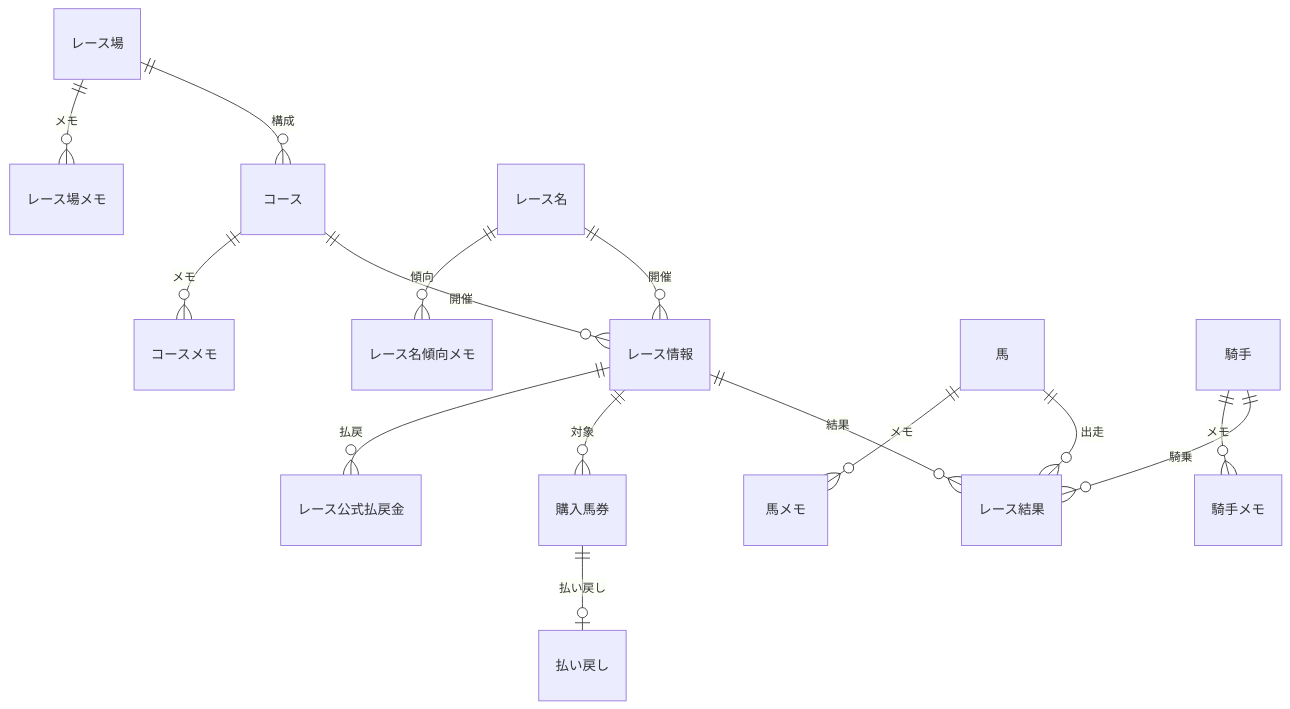
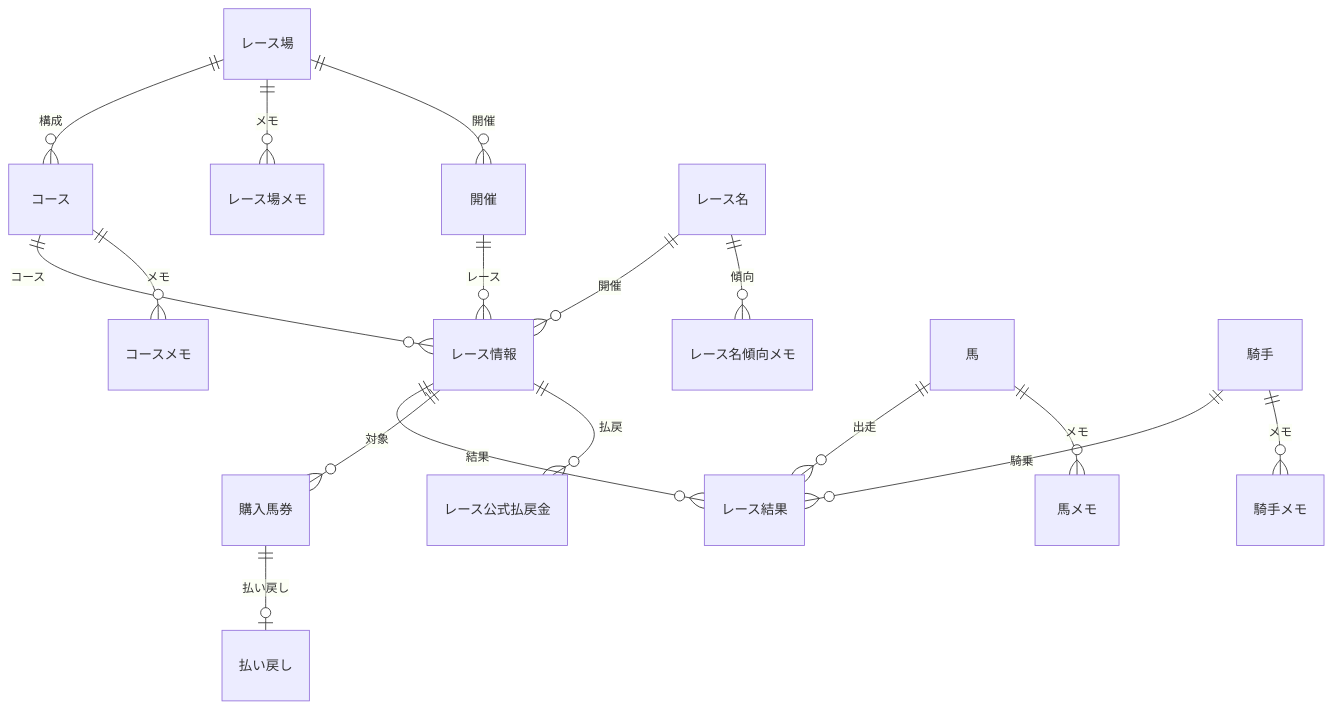
One commit to nakajima97/keiba-db changed the diagram in docs/specs/conceptual-er.md. Above: the diagram before and after it, drawn with Mermaid. The commit also changed 4 other files, not shown here.

````diff
--- a/docs/specs/conceptual-er.md
+++ b/docs/specs/conceptual-er.md
@@ -5,18 +5,20 @@
 ```mermaid
 erDiagram
     レース場 ||--o{ コース : "構成"
     レース場 ||--o{ レース場メモ : "メモ"
-    コース ||--o{ レース情報 : "開催"
+    レース場 ||--o{ 開催 : "開催"
+    開催 ||--o{ レース情報 : "レース"
+    コース ||--o{ レース情報 : "コース"
     コース ||--o{ コースメモ : "メモ"
     レース名 ||--o{ レース情報 : "開催"
     レース名 ||--o{ レース名傾向メモ : "傾向"
     レース情報 ||--o{ レース結果 : "結果"
     レース情報 ||--o{ 購入馬券 : "対象"
     レース情報 ||--o{ レース公式払戻金 : "払戻"
     馬 ||--o{ レース結果 : "出走"
     馬 ||--o{ 馬メモ : "メモ"
     騎手 ||--o{ レース結果 : "騎乗"
     騎手 ||--o{ 騎手メモ : "メモ"
     購入馬券 ||--o| 払い戻し : "払い戻し"
 
 ```
````
